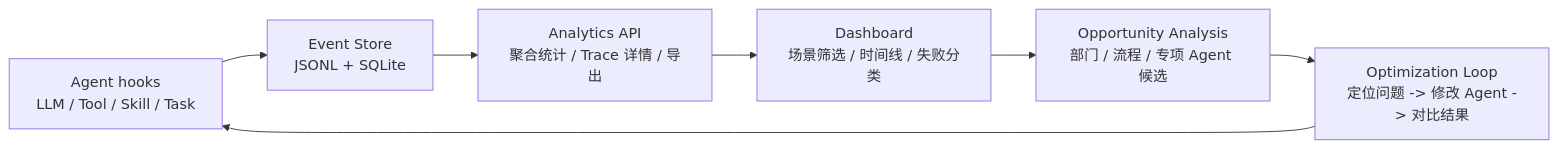
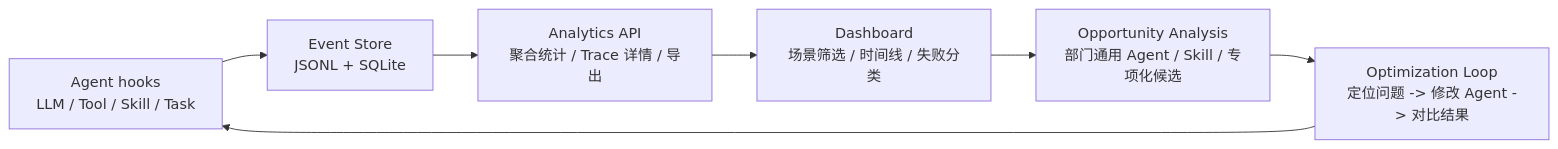
The diagram in README.md (felix-windsor/hermes-agent-observability), drawn with Mermaid before and after one commit. The commit also changed other lines of this file and 6 other files, not shown here.

````diff
--- a/README.md
+++ b/README.md
@@ -24,9 +24,9 @@
 ```mermaid
 flowchart LR
   A["Agent hooks<br/>LLM / Tool / Skill / Task"] --> B["Event Store<br/>JSONL + SQLite"]
   B --> C["Analytics API<br/>聚合统计 / Trace 详情 / 导出"]
   C --> D["Dashboard<br/>场景筛选 / 时间线 / 失败分类"]
-  D --> E["Opportunity Analysis<br/>部门 / 流程 / 专项 Agent 候选"]
+  D --> E["Opportunity Analysis<br/>部门通用 Agent / Skill / 专项化候选"]
   E --> F["Optimization Loop<br/>定位问题 -> 修改 Agent -> 对比结果"]
   F --> A
 ```
````
